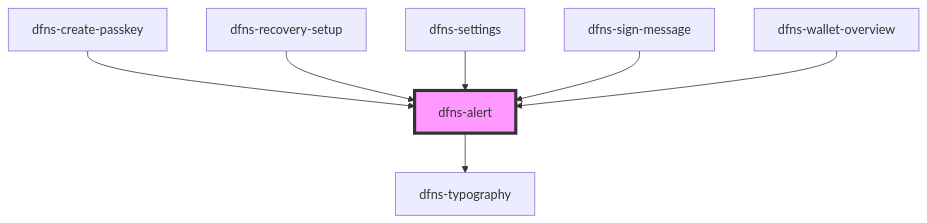
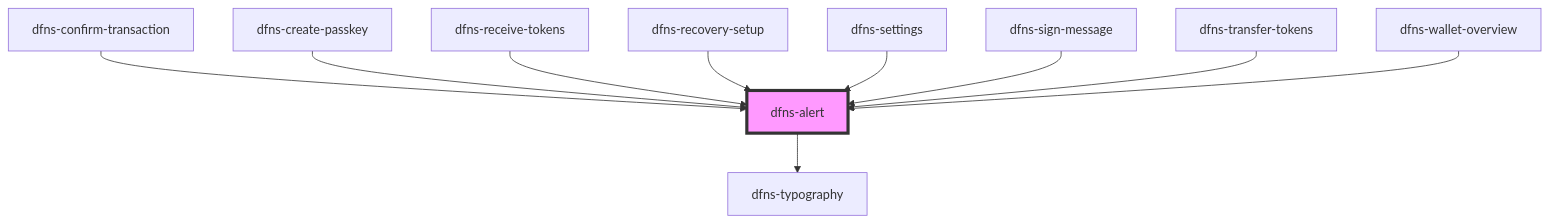
The diagram in src/components/Elements/Alerts/dfns-alert/readme.md (dfnsext/web-ui), drawn with Mermaid before and after one commit. The commit also changed other lines of this file and 94 other files, not shown here.

````diff
--- a/src/components/Elements/Alerts/dfns-alert/readme.md
+++ b/src/components/Elements/Alerts/dfns-alert/readme.md
@@ -35,10 +35,13 @@
 ```mermaid
 graph TD;
   dfns-alert --> dfns-typography
+  dfns-confirm-transaction --> dfns-alert
   dfns-create-passkey --> dfns-alert
+  dfns-receive-tokens --> dfns-alert
   dfns-recovery-setup --> dfns-alert
   dfns-settings --> dfns-alert
   dfns-sign-message --> dfns-alert
+  dfns-transfer-tokens --> dfns-alert
   dfns-wallet-overview --> dfns-alert
   style dfns-alert fill:#f9f,stroke:#333,stroke-width:4px
 ```
````
